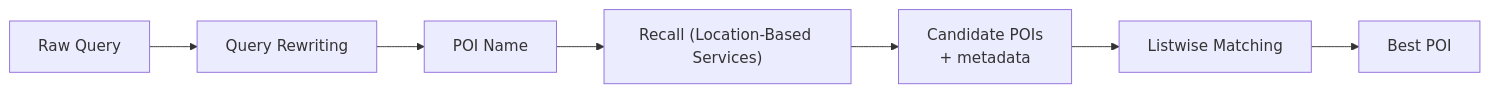
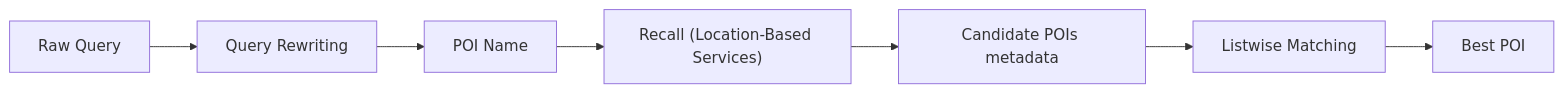
Before and after one commit to lhurr/ml-notes: the diagram in content/internships/tiktok-2026.md, drawn with Mermaid. The commit also changed other lines of this file, not shown here.

````diff
--- a/content/internships/tiktok-2026.md
+++ b/content/internships/tiktok-2026.md
@@ -18,12 +18,12 @@
 ```mermaid
 flowchart LR
     A["Raw Query"]
     B["Query Rewriting"]
     C["POI Name"]
     D["Recall (Location-Based Services)"]
-    E["Candidate POIs\n+ metadata"]
+    E["Candidate POIs metadata"]
     F["Listwise Matching"]
     G["Best POI"]
 
     A --> B --> C --> D --> E --> F --> G
 ```
````
